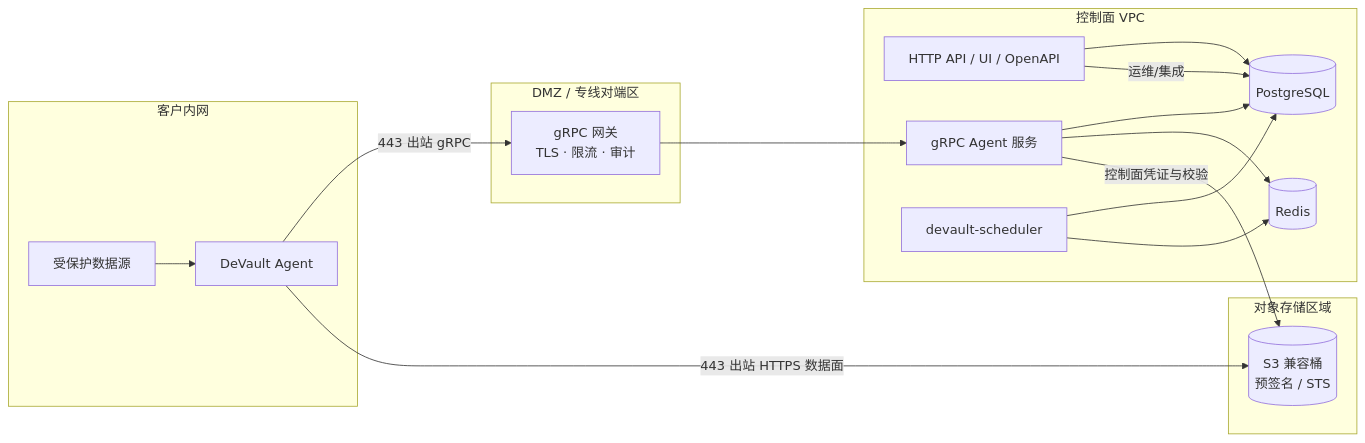
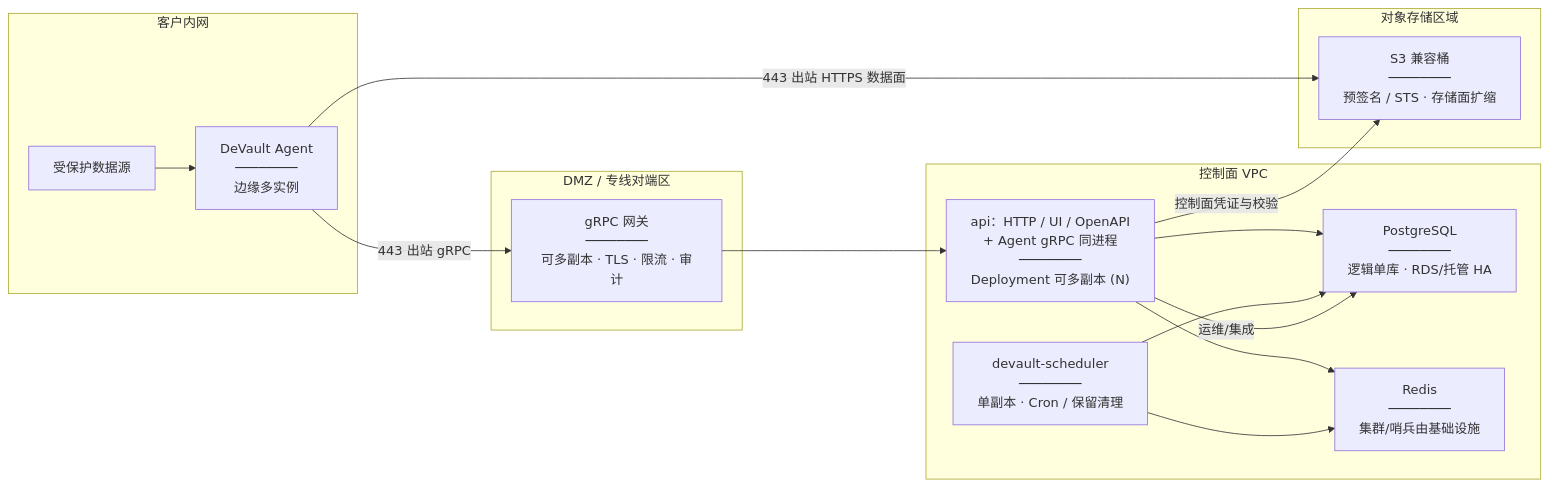
The diagram in website/docs/admin/enterprise-reference-architecture.md (skyline93/devault), drawn with Mermaid before and after one commit. The commit also changed other lines of this file and 6 other files, not shown here.

````diff
--- a/website/docs/admin/enterprise-reference-architecture.md
+++ b/website/docs/admin/enterprise-reference-architecture.md
@@ -13,35 +13,33 @@
 ```mermaid
 flowchart LR
   subgraph corp["客户内网"]
     SRC[受保护数据源]
-    AG[DeVault Agent]
+    AG["DeVault Agent<br/>────────<br/>边缘多实例"]
     SRC --> AG
   end
 
   subgraph dmz["DMZ / 专线对端区"]
-    GW[gRPC 网关<br/>TLS · 限流 · 审计]
+    GW["gRPC 网关<br/>────────<br/>可多副本 · TLS · 限流 · 审计"]
   end
 
   subgraph vpc["控制面 VPC"]
-    API[HTTP API / UI / OpenAPI]
-    GRPC[gRPC Agent 服务]
-    PG[(PostgreSQL)]
-    RD[(Redis)]
-    SCH[devault-scheduler]
-    API --> PG
-    GRPC --> PG
+    APIGRPC["api：HTTP / UI / OpenAPI<br/>+ Agent gRPC 同进程<br/>────────<br/>Deployment 可多副本 (N)"]
+    PG["PostgreSQL<br/>────────<br/>逻辑单库 · RDS/托管 HA"]
+    RD["Redis<br/>────────<br/>集群/哨兵由基础设施"]
+    SCH["devault-scheduler<br/>────────<br/>单副本 · Cron / 保留清理"]
+    APIGRPC --> PG
     SCH --> PG
-    GRPC --> RD
+    APIGRPC --> RD
     SCH --> RD
   end
 
   subgraph obj["对象存储区域"]
-    S3[(S3 兼容桶<br/>预签名 / STS)]
+    S3["S3 兼容桶<br/>────────<br/>预签名 / STS · 存储面扩缩"]
   end
 
   AG -->|"443 出站 gRPC"| GW
-  GW --> GRPC
+  GW --> APIGRPC
   AG -->|"443 出站 HTTPS 数据面"| S3
-  GRPC -->|"控制面凭证与校验"| S3
-  API -->|"运维/集成"| PG
+  APIGRPC -->|"控制面凭证与校验"| S3
+  APIGRPC -->|"运维/集成"| PG
 ```
````
